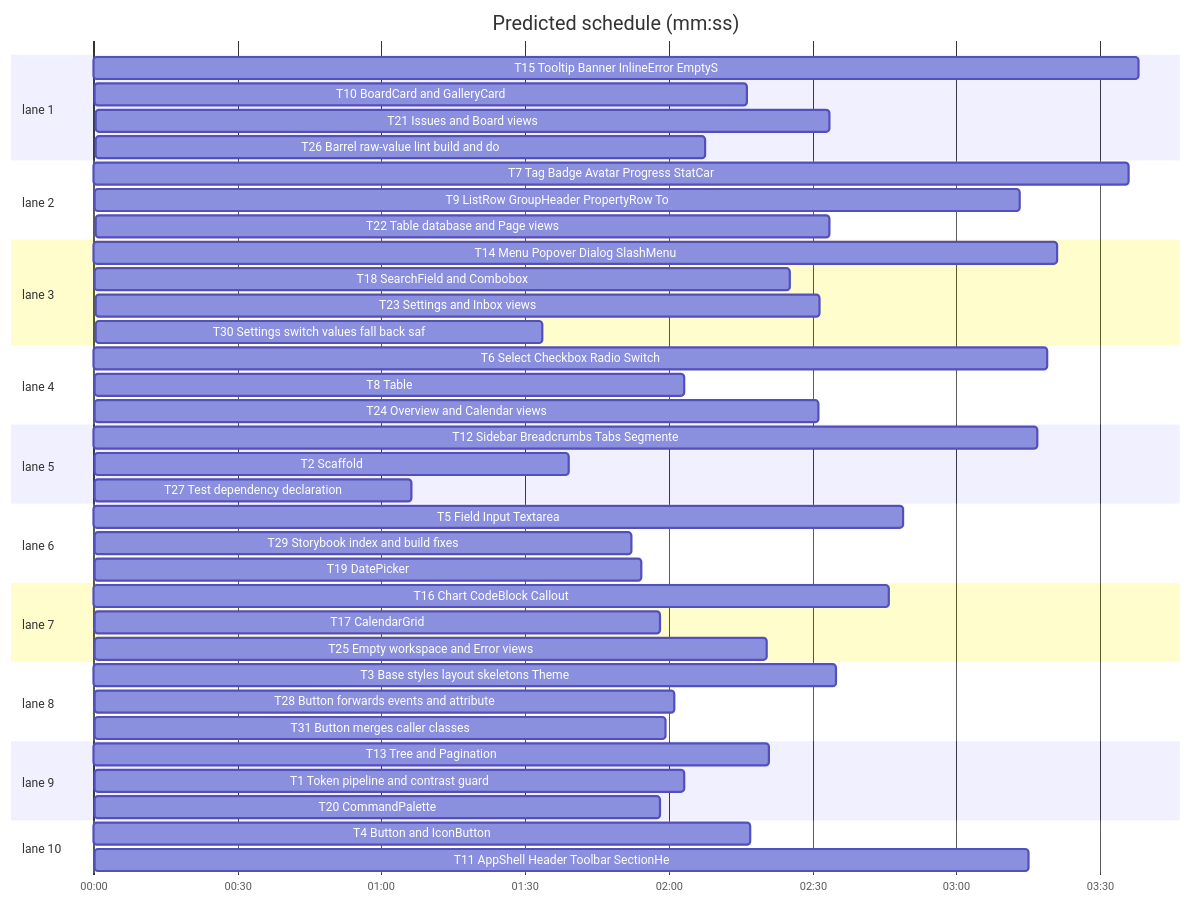
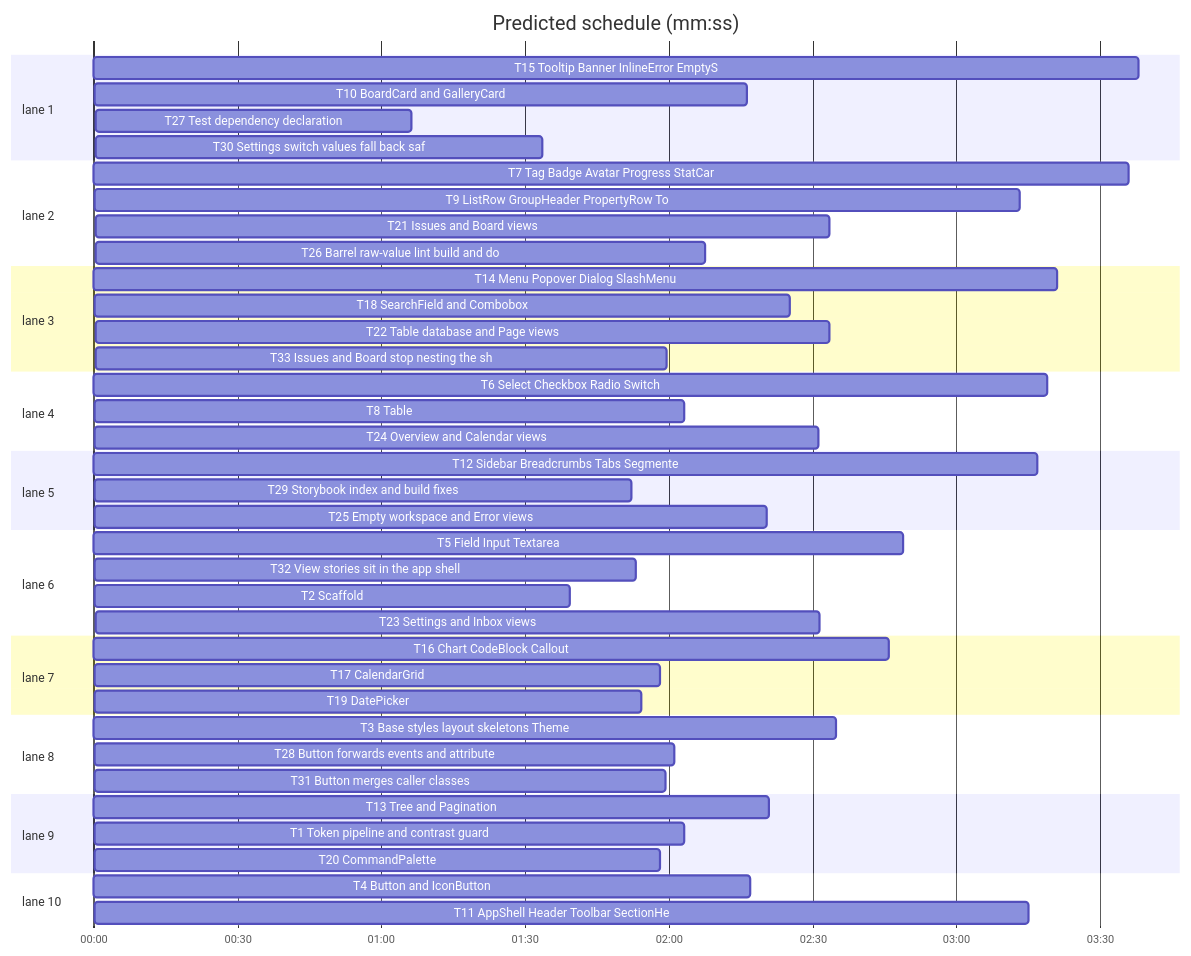
Before and after one commit to t128n/design: the third of 3 diagrams in docs/plans/2026-10-30-t128n-design-system.md, drawn with Mermaid. The commit also changed other lines of this file and 11 other files, not shown here.

Commit message:
Refresh previews inside the app shell

````diff
--- a/docs/plans/2026-10-30-t128n-design-system.md
+++ b/docs/plans/2026-10-30-t128n-design-system.md
@@ -151,48 +154,50 @@
 ```mermaid
 %% schedule
 gantt
   title Predicted schedule (mm:ss)
   dateFormat X
   axisFormat %M:%S
   section lane 1
   T15 Tooltip  Banner  InlineError  EmptyS :t15, 0, 218s
   T10 BoardCard and GalleryCard :t10, 218, 136s
-  T21 Issues and Board views :t21, 410, 153s
-  T26 Barrel  raw-value lint  build and do :t26, 563, 127s
+  T27 Test dependency declaration :t27, 381, 66s
+  T30 Settings switch values fall back saf :t30, 561, 93s
   section lane 2
   T7 Tag  Badge  Avatar  Progress  StatCar :t7, 0, 216s
   T9 ListRow  GroupHeader  PropertyRow  To :t9, 216, 193s
-  T22 Table database and Page views :t22, 410, 153s
+  T21 Issues and Board views :t21, 410, 153s
+  T26 Barrel  raw-value lint  build and do :t26, 563, 127s
   section lane 3
   T14 Menu  Popover  Dialog  SlashMenu :t14, 0, 201s
   T18 SearchField and Combobox :t18, 201, 145s
-  T23 Settings and Inbox views :t23, 410, 151s
-  T30 Settings switch values fall back saf :t30, 561, 93s
+  T22 Table database and Page views :t22, 410, 153s
+  T33 Issues and Board stop nesting the sh :t33, 563, 119s
   section lane 4
   T6 Select  Checkbox  Radio  Switch :t6, 0, 199s
   T8 Table :t8, 199, 123s
   T24 Overview and Calendar views :t24, 332, 151s
   section lane 5
   T12 Sidebar  Breadcrumbs  Tabs  Segmente :t12, 0, 197s
-  T2 Scaffold :t2, 197, 99s
-  T27 Test dependency declaration :t27, 296, 66s
+  T29 Storybook index and build fixes :t29, 197, 112s
+  T25 Empty workspace and Error views :t25, 332, 140s
   section lane 6
   T5 Field  Input  Textarea :t5, 0, 169s
-  T29 Storybook index and build fixes :t29, 169, 112s
-  T19 DatePicker :t19, 284, 114s
+  T32 View stories sit in the app shell :t32, 169, 113s
+  T2 Scaffold :t2, 282, 99s
+  T23 Settings and Inbox views :t23, 410, 151s
   section lane 7
   T16 Chart  CodeBlock  Callout :t16, 0, 166s
   T17 CalendarGrid :t17, 166, 118s
-  T25 Empty workspace and Error views :t25, 332, 140s
+  T19 DatePicker :t19, 284, 114s
   section lane 8
   T3 Base styles  layout skeletons  Theme  :t3, 0, 155s
   T28 Button forwards events and attribute :t28, 155, 121s
   T31 Button merges caller classes :t31, 277, 119s
   section lane 9
   T13 Tree and Pagination :t13, 0, 141s
   T1 Token pipeline and contrast guard :t1, 141, 123s
   T20 CommandPalette :t20, 264, 118s
   section lane 10
   T4 Button and IconButton :t4, 0, 137s
   T11 AppShell  Header  Toolbar  SectionHe :t11, 137, 195s
 ```
````
